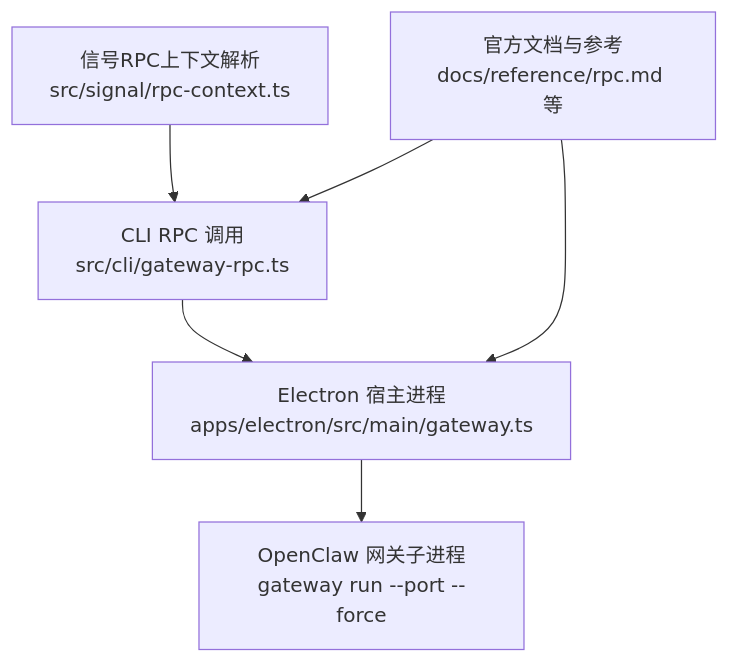
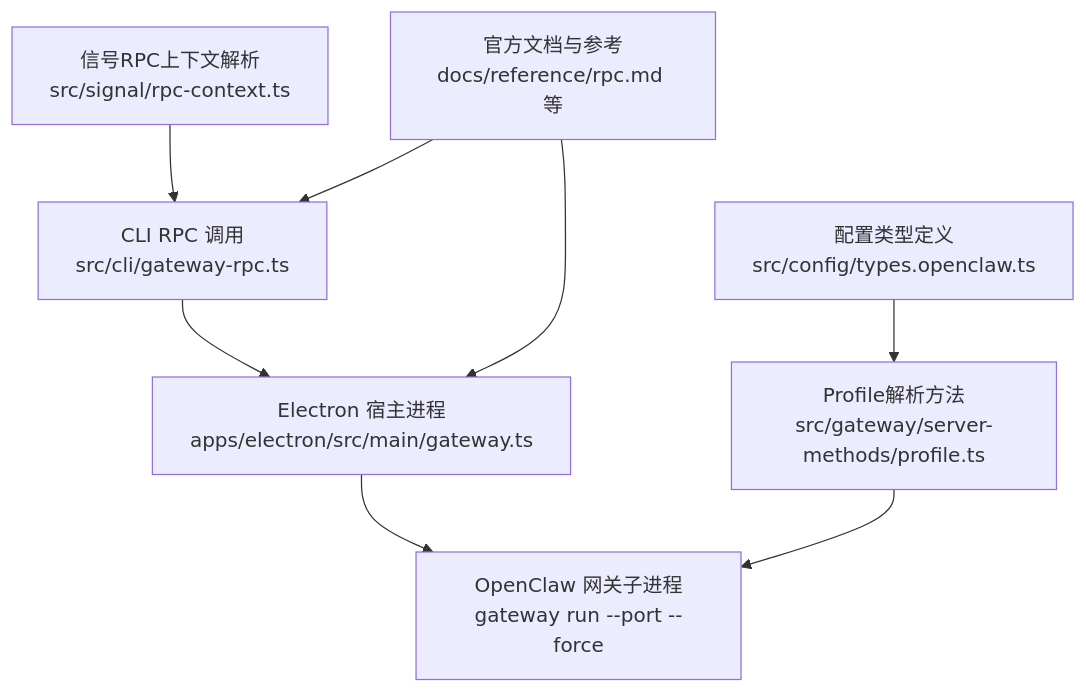
The first of 7 diagrams in .qoder/repowiki/zh/content/网关服务器/API接口/网关方法.md (verse-ai-org/openclaw), drawn with Mermaid before and after one commit. The commit also changed other lines of this file and 27 other files, not shown here.

````diff
--- a/.qoder/repowiki/zh/content/网关服务器/API接口/网关方法.md
+++ b/.qoder/repowiki/zh/content/网关服务器/API接口/网关方法.md
@@ -45,8 +62,10 @@
 ```mermaid
 graph TB
 CLI["CLI RPC 调用<br/>src/cli/gateway-rpc.ts"] --> GWProc["Electron 宿主进程<br/>apps/electron/src/main/gateway.ts"]
 GWProc --> Gateway["OpenClaw 网关子进程<br/>gateway run --port --force"]
 SignalCtx["信号RPC上下文解析<br/>src/signal/rpc-context.ts"] --> CLI
 Docs["官方文档与参考<br/>docs/reference/rpc.md 等"] --> CLI
 Docs --> GWProc
+Profile["Profile解析方法<br/>src/gateway/server-methods/profile.ts"] --> Gateway
+Config["配置类型定义<br/>src/config/types.openclaw.ts"] --> Profile
 ```
````
